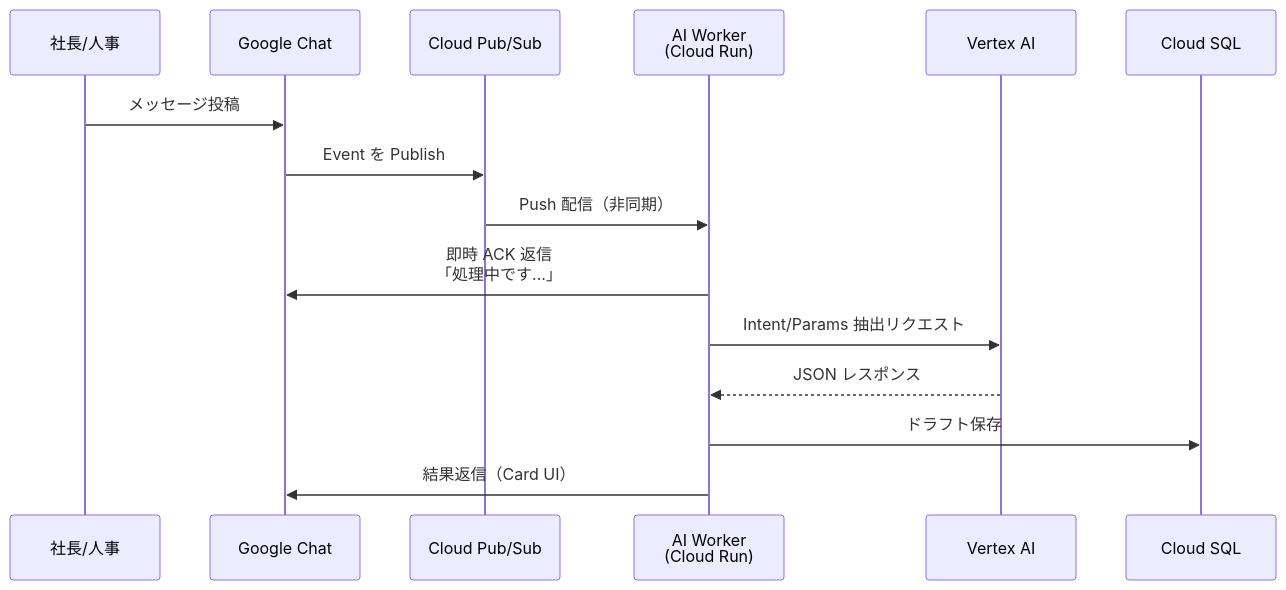
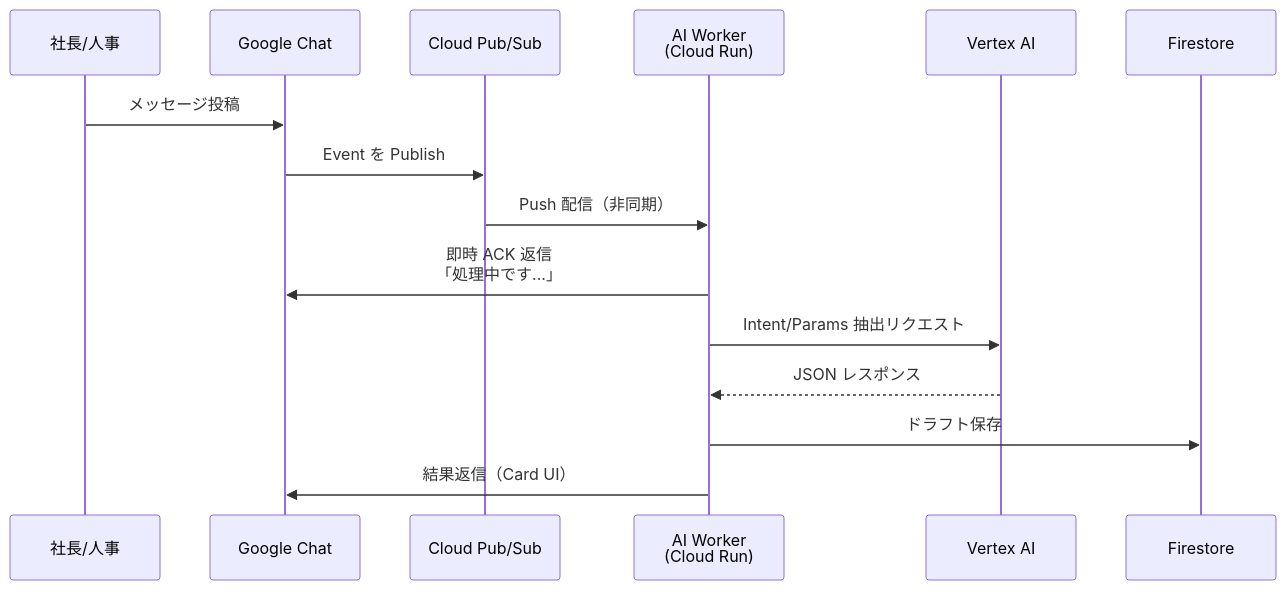
Before and after one commit to yasushihonda-acg/hr-system: the first of 3 diagrams in docs/adr/ADR-004-chat-integration.md, drawn with Mermaid. The commit also changed other lines of this file and 22 other files, not shown here.

First line of the commit message:
feat: migrate database from Cloud SQL to Firestore + BigQuery (#2)

````diff
--- a/docs/adr/ADR-004-chat-integration.md
+++ b/docs/adr/ADR-004-chat-integration.md
@@ -45,18 +45,18 @@
 ```mermaid
 sequenceDiagram
     participant User as 社長/人事
     participant GChat as Google Chat
     participant PubSub as Cloud Pub/Sub
     participant Worker as AI Worker<br/>(Cloud Run)
     participant VertexAI as Vertex AI
-    participant DB as Cloud SQL
+    participant DB as Firestore
 
     User->>GChat: メッセージ投稿
     GChat->>PubSub: Event を Publish
     PubSub->>Worker: Push 配信（非同期）
     Worker->>GChat: 即時 ACK 返信<br/>「処理中です...」
     Worker->>VertexAI: Intent/Params 抽出リクエスト
     VertexAI-->>Worker: JSON レスポンス
     Worker->>DB: ドラフト保存
     Worker->>GChat: 結果返信（Card UI）
 ```
````
